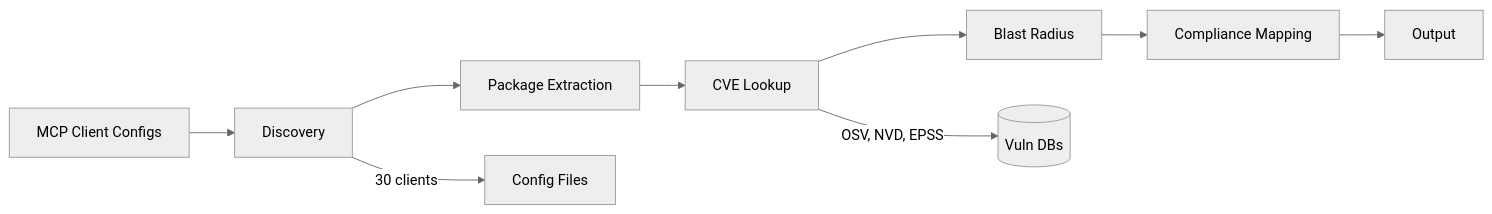
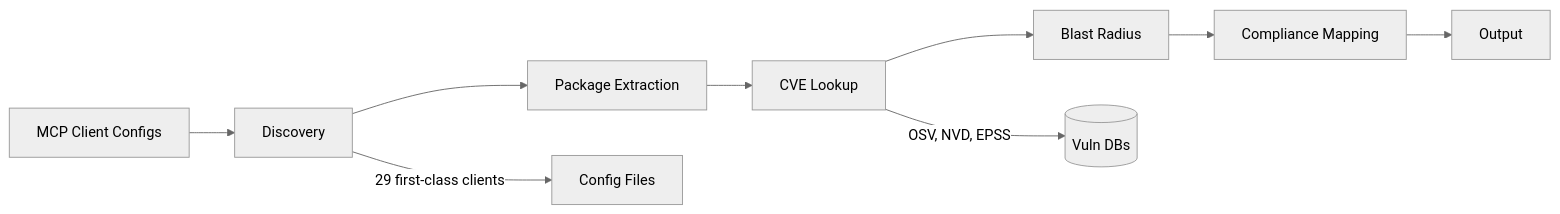
The diagram in site-docs/architecture/overview.md (msaad00/agent-bom), drawn with Mermaid (neutral theme) before and after one commit. The commit also changed 14 other files, not shown here.

````diff
--- a/site-docs/architecture/overview.md
+++ b/site-docs/architecture/overview.md
@@ -19,12 +19,12 @@
 ```mermaid
 graph LR
     A[MCP Client Configs] --> B[Discovery]
     B --> C[Package Extraction]
     C --> D[CVE Lookup]
     D --> E[Blast Radius]
     E --> F[Compliance Mapping]
     F --> G[Output]
 
     D --> |OSV, NVD, EPSS| H[(Vuln DBs)]
-    B --> |30 clients| I[Config Files]
+    B --> |29 first-class clients| I[Config Files]
 ```
````
